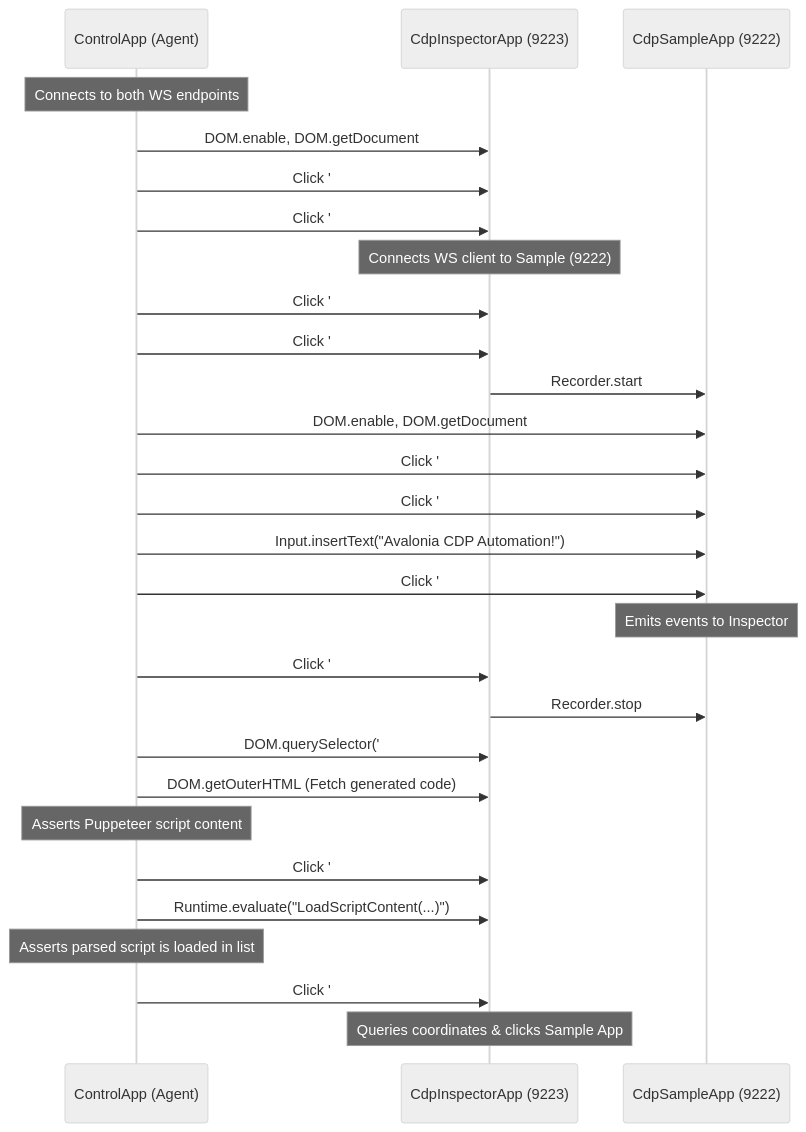
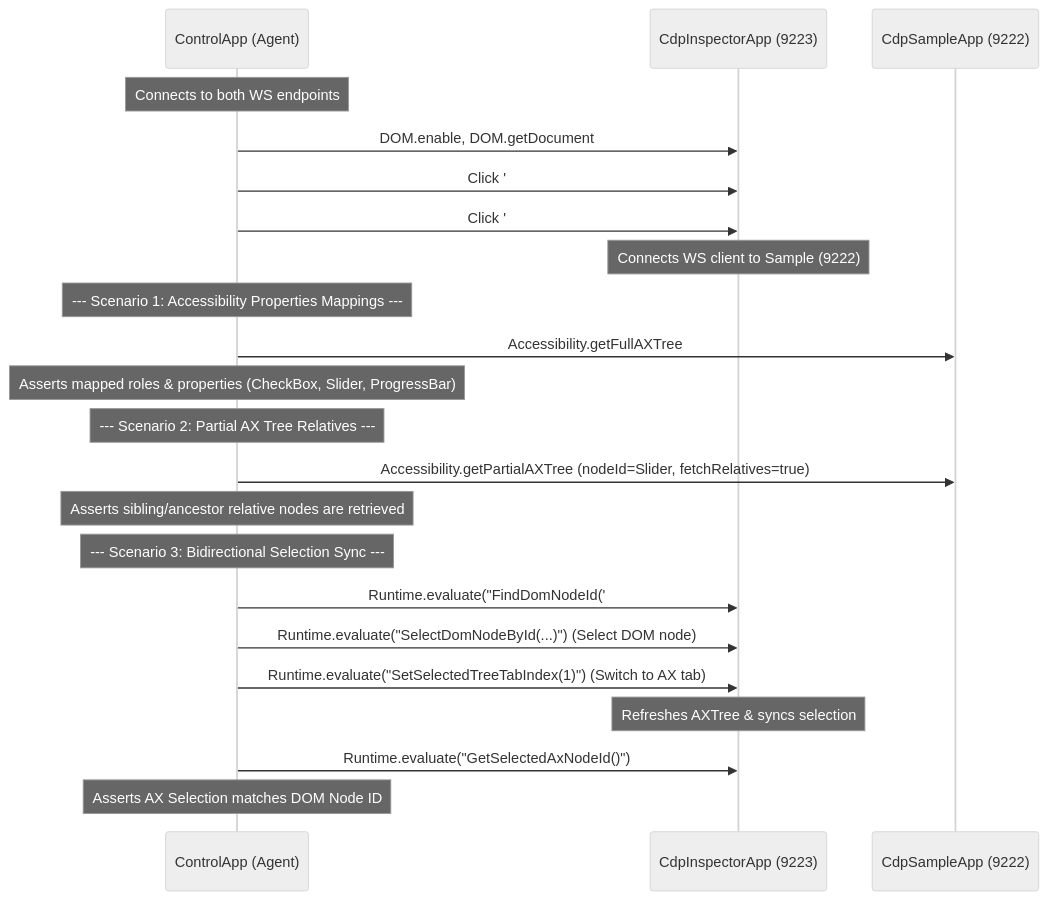
The diagram in agents.md (wieslawsoltes/CDP), drawn with Mermaid (neutral theme) before and after one commit. The commit also changed other lines of this file, not shown here.

Commit message:
docs: update agents.md testing guidelines

````diff
--- a/agents.md
+++ b/agents.md
@@ -47,34 +56,28 @@
 ```mermaid
 sequenceDiagram
     participant Agent as ControlApp (Agent)
     participant Inspector as CdpInspectorApp (9223)
     participant Sample as CdpSampleApp (9222)
 
     Note over Agent: Connects to both WS endpoints
     Agent->>Inspector: DOM.enable, DOM.getDocument
     Agent->>Inspector: Click '#btnRefreshTargets' (Scan)
     Agent->>Inspector: Click '#btnConnect' (Connects Inspector to Sample)
     Note over Inspector: Connects WS client to Sample (9222)
-    Agent->>Inspector: Click '#TabRecorder' (Switch Panel)
-    Agent->>Inspector: Click '#btnToggleRecord' (Start Recording)
-    Inspector->>Sample: Recorder.start
 
-    Agent->>Sample: DOM.enable, DOM.getDocument
-    Agent->>Sample: Click '#btnClickMe'
-    Agent->>Sample: Click '#txtInput' to focus
-    Agent->>Sample: Input.insertText("Avalonia CDP Automation!")
-    Agent->>Sample: Click '#btnClickMe' (Lost focus / text change)
-    Note over Sample: Emits events to Inspector
+    Note over Agent: --- Scenario 1: Accessibility Properties Mappings ---
+    Agent->>Sample: Accessibility.getFullAXTree
+    Note over Agent: Asserts mapped roles & properties (CheckBox, Slider, ProgressBar)
 
-    Agent->>Inspector: Click '#btnToggleRecord' (Stop Recording)
-    Inspector->>Sample: Recorder.stop
-    Agent->>Inspector: DOM.querySelector('#txtGeneratedCode')
-    Agent->>Inspector: DOM.getOuterHTML (Fetch generated code)
-    Note over Agent: Asserts Puppeteer script content
+    Note over Agent: --- Scenario 2: Partial AX Tree Relatives ---
+    Agent->>Sample: Accessibility.getPartialAXTree (nodeId=Slider, fetchRelatives=true)
+    Note over Agent: Asserts sibling/ancestor relative nodes are retrieved
 
-    Agent->>Inspector: Click '#btnClear' (Clear steps list)
-    Agent->>Inspector: Runtime.evaluate("LoadScriptContent(...)")
-    Note over Agent: Asserts parsed script is loaded in list
-    Agent->>Inspector: Click '#btnReplay' (Trigger coordinate replay)
-    Note over Inspector: Queries coordinates & clicks Sample App
+    Note over Agent: --- Scenario 3: Bidirectional Selection Sync ---
+    Agent->>Inspector: Runtime.evaluate("FindDomNodeId('#btnClickMe')") (Resolve local ID)
+    Agent->>Inspector: Runtime.evaluate("SelectDomNodeById(...)") (Select DOM node)
+    Agent->>Inspector: Runtime.evaluate("SetSelectedTreeTabIndex(1)") (Switch to AX tab)
+    Note over Inspector: Refreshes AXTree & syncs selection
+    Agent->>Inspector: Runtime.evaluate("GetSelectedAxNodeId()")
+    Note over Agent: Asserts AX Selection matches DOM Node ID
 ```
````
